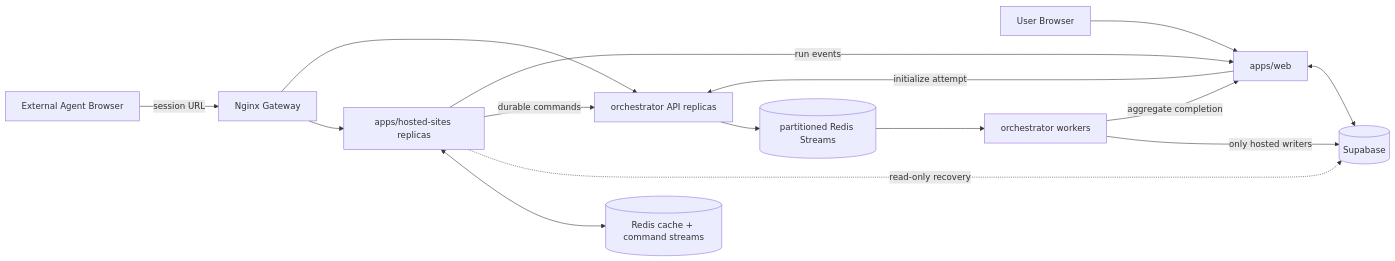
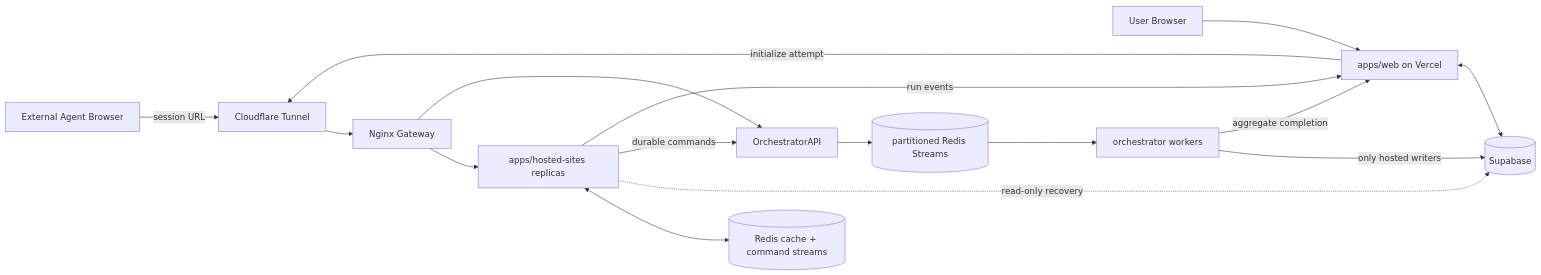
The diagram in docs/architecture.md (Kaiwen0418/agent-benchmark), drawn with Mermaid before and after one commit. The commit also changed other lines of this file and 17 other files, not shown here.

Commit message:
docs: align architecture and roadmap with runtime (#29)

````diff
--- a/docs/architecture.md
+++ b/docs/architecture.md
@@ -9,17 +9,18 @@
 ```mermaid
 flowchart LR
-  Agent["External Agent Browser"] -->|"session URL"| Gateway["Nginx Gateway"]
-  User["User Browser"] --> Web["apps/web"]
-  Web -->|"initialize attempt"| OrchestratorAPI["orchestrator API replicas"]
+  Agent["External Agent Browser"] -->|"session URL"| Edge["Cloudflare Tunnel"]
+  User["User Browser"] --> Web["apps/web on Vercel"]
+  Web -->|"initialize attempt"| Edge
+  Edge --> Gateway["Nginx Gateway"]
   Gateway --> Sites["apps/hosted-sites replicas"]
   Gateway --> OrchestratorAPI
   Sites <--> Redis[("Redis cache + command streams")]
   Web <--> DB[("Supabase")]
   Sites -.->|"read-only recovery"| DB
   Sites -->|"durable commands"| OrchestratorAPI
   OrchestratorAPI --> Streams[("partitioned Redis Streams")]
   Streams --> Workers["orchestrator workers"]
   Workers -->|"only hosted writers"| DB
   Sites -->|"run events"| Web
   Workers -->|"aggregate completion"| Web
 ```
````
